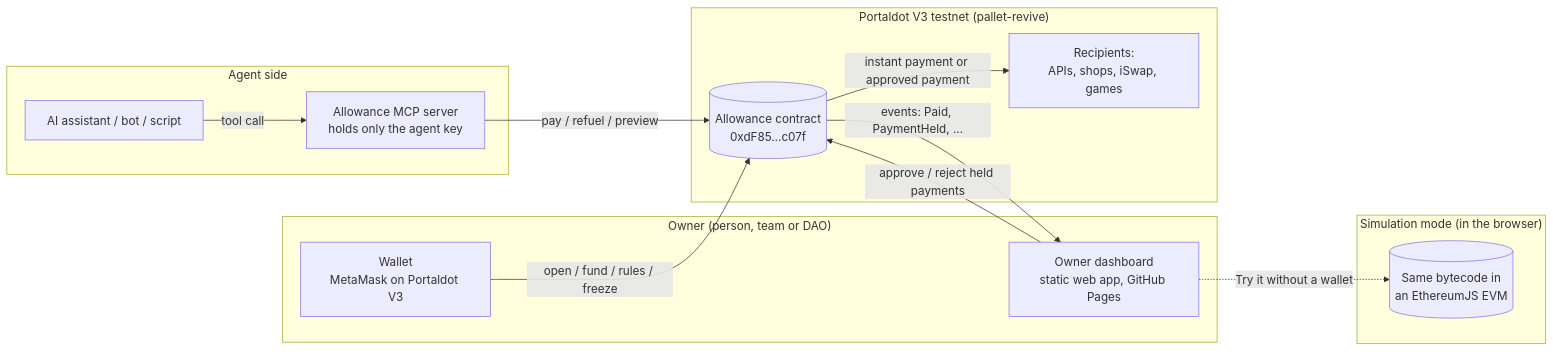
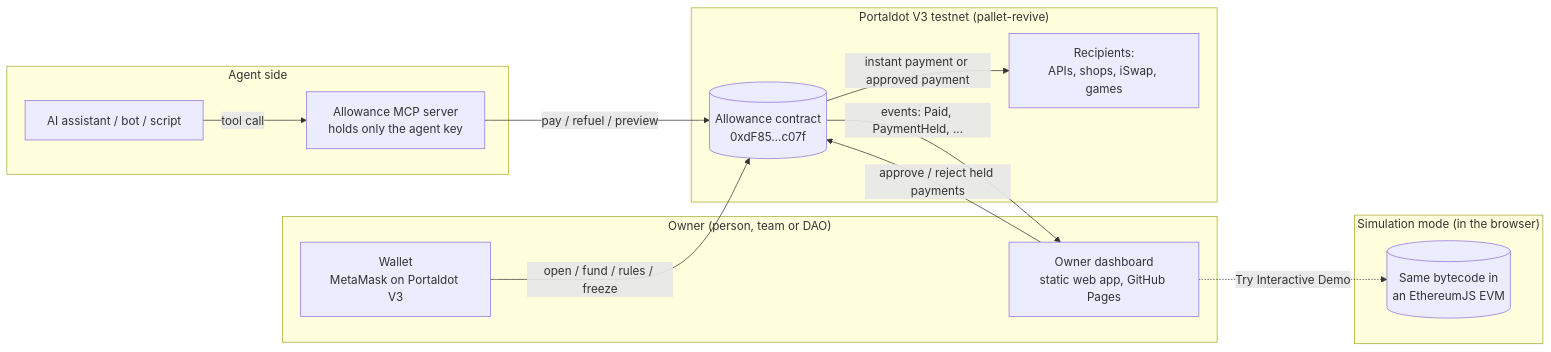
Before and after one commit to Oziman13/allowance: the first of 2 diagrams in docs/ARCHITECTURE.md, drawn with Mermaid. The commit also changed other lines of this file and 29 other files, not shown here.

````diff
--- a/docs/ARCHITECTURE.md
+++ b/docs/ARCHITECTURE.md
@@ -5,26 +5,26 @@
 ```mermaid
 flowchart LR
     subgraph Owner["Owner (person, team or DAO)"]
         W[Wallet<br/>MetaMask on Portaldot V3]
         D[Owner dashboard<br/>static web app, GitHub Pages]
     end
     subgraph Agent["Agent side"]
         AI[AI assistant / bot / script]
         MCP[Allowance MCP server<br/>holds only the agent key]
     end
     subgraph Chain["Portaldot V3 testnet (pallet-revive)"]
         C[(Allowance contract<br/>0xdF85…c07f)]
         R[Recipients:<br/>APIs, shops, iSwap, games]
     end
     subgraph Sim["Simulation mode (in the browser)"]
         S[(Same bytecode in<br/>an EthereumJS EVM)]
     end
 
     W -- open / fund / rules / freeze --> C
     D -- approve / reject held payments --> C
     AI -- tool call --> MCP
     MCP -- pay / refuel / preview --> C
     C -- instant payment or approved payment --> R
     C -- events: Paid, PaymentHeld, ... --> D
-    D -. "Try it without a wallet" .-> S
+    D -. "Try Interactive Demo" .-> S
 ```
````
